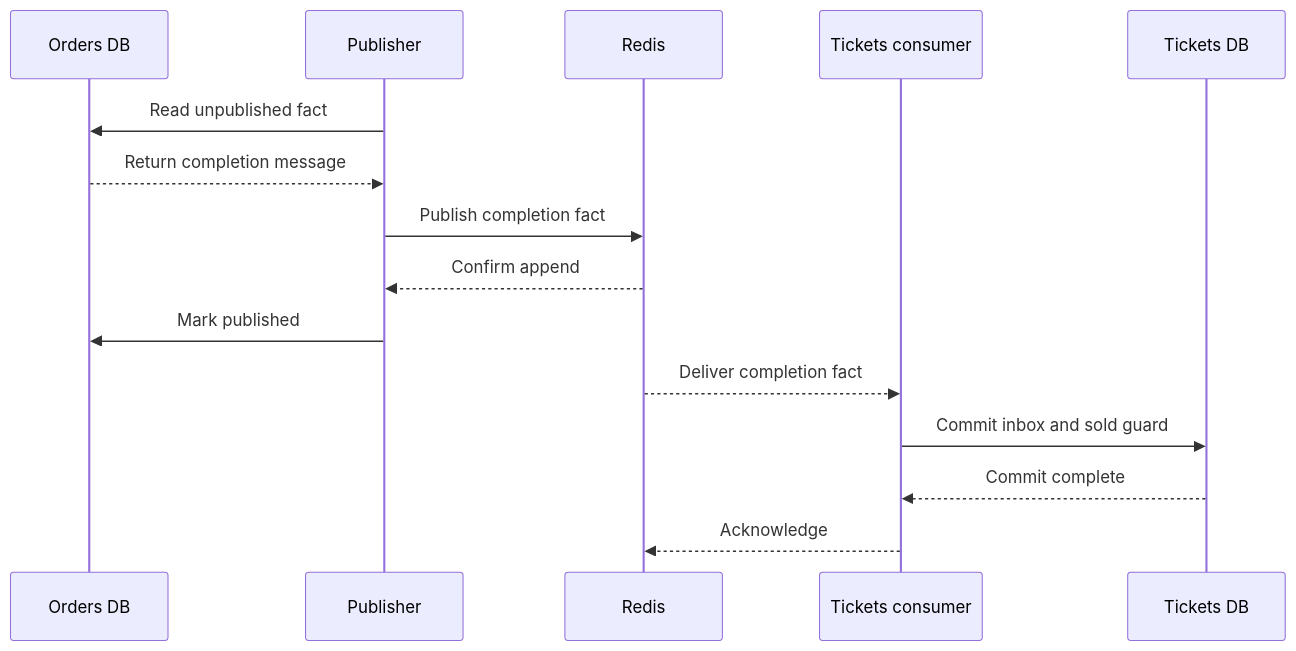
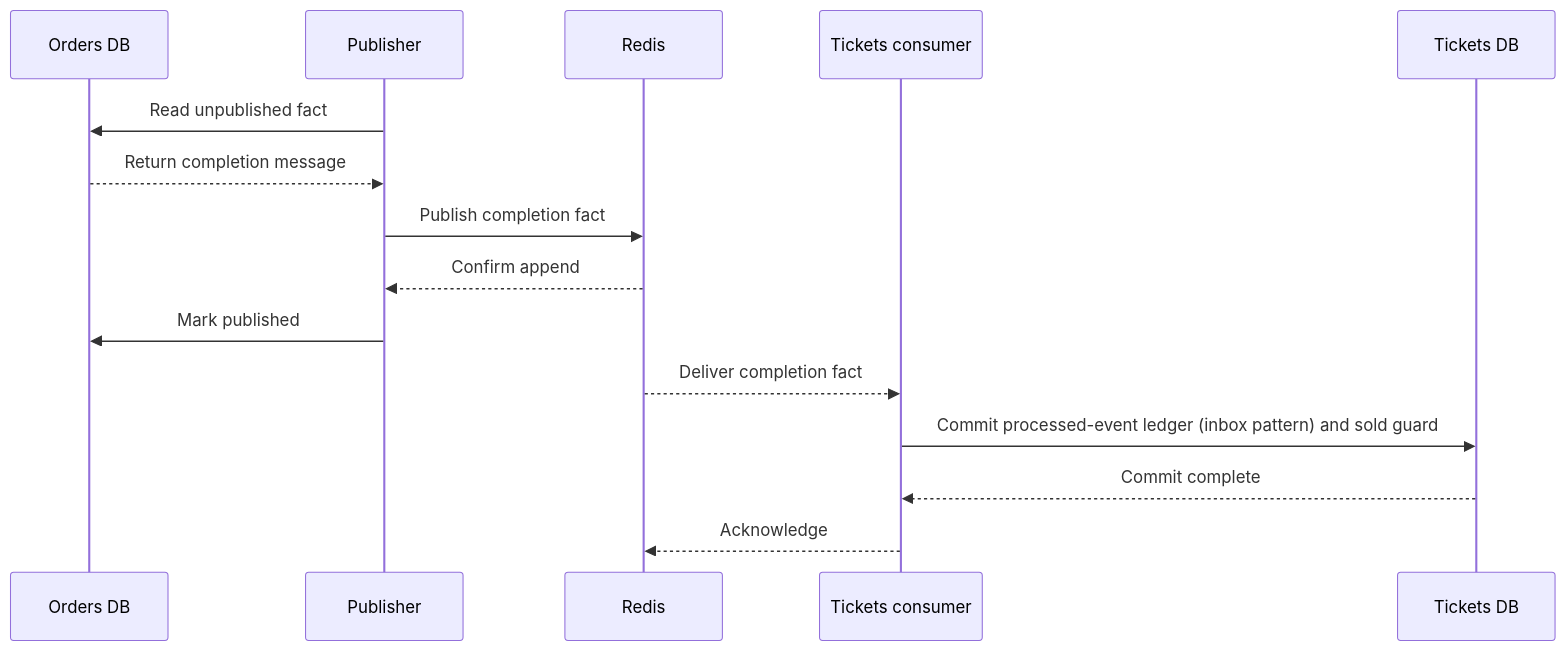
One commit to h19overflow/stubhub changed the sixth of 16 diagrams in docs/system_design/sequence_diagrams.md. Above: the diagram before and after it, drawn with Mermaid. The commit also changed other lines of this file and 59 other files, not shown here.

````diff
--- a/docs/system_design/sequence_diagrams.md
+++ b/docs/system_design/sequence_diagrams.md
@@ -144,17 +144,17 @@
 ```mermaid
 sequenceDiagram
     participant OD as Orders DB
     participant P as Publisher
     participant R as Redis
     participant C as Tickets consumer
     participant TD as Tickets DB
     P->>OD: Read unpublished fact
     OD-->>P: Return completion message
     P->>R: Publish completion fact
     R-->>P: Confirm append
     P->>OD: Mark published
     R-->>C: Deliver completion fact
-    C->>TD: Commit inbox and sold guard
+    C->>TD: Commit processed-event ledger (inbox pattern) and sold guard
     TD-->>C: Commit complete
     C-->>R: Acknowledge
 ```
````
